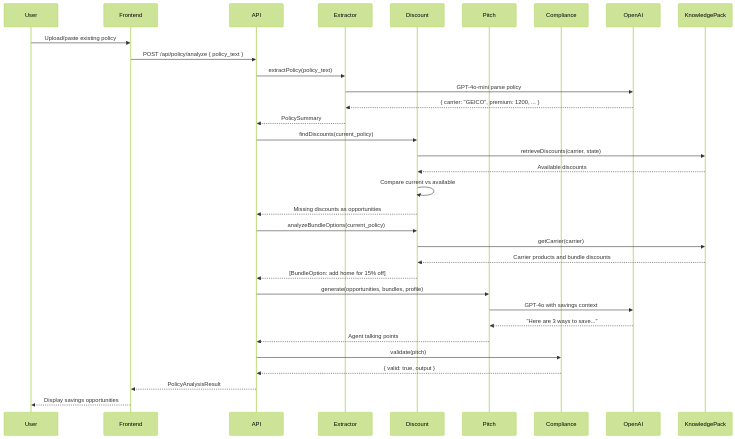
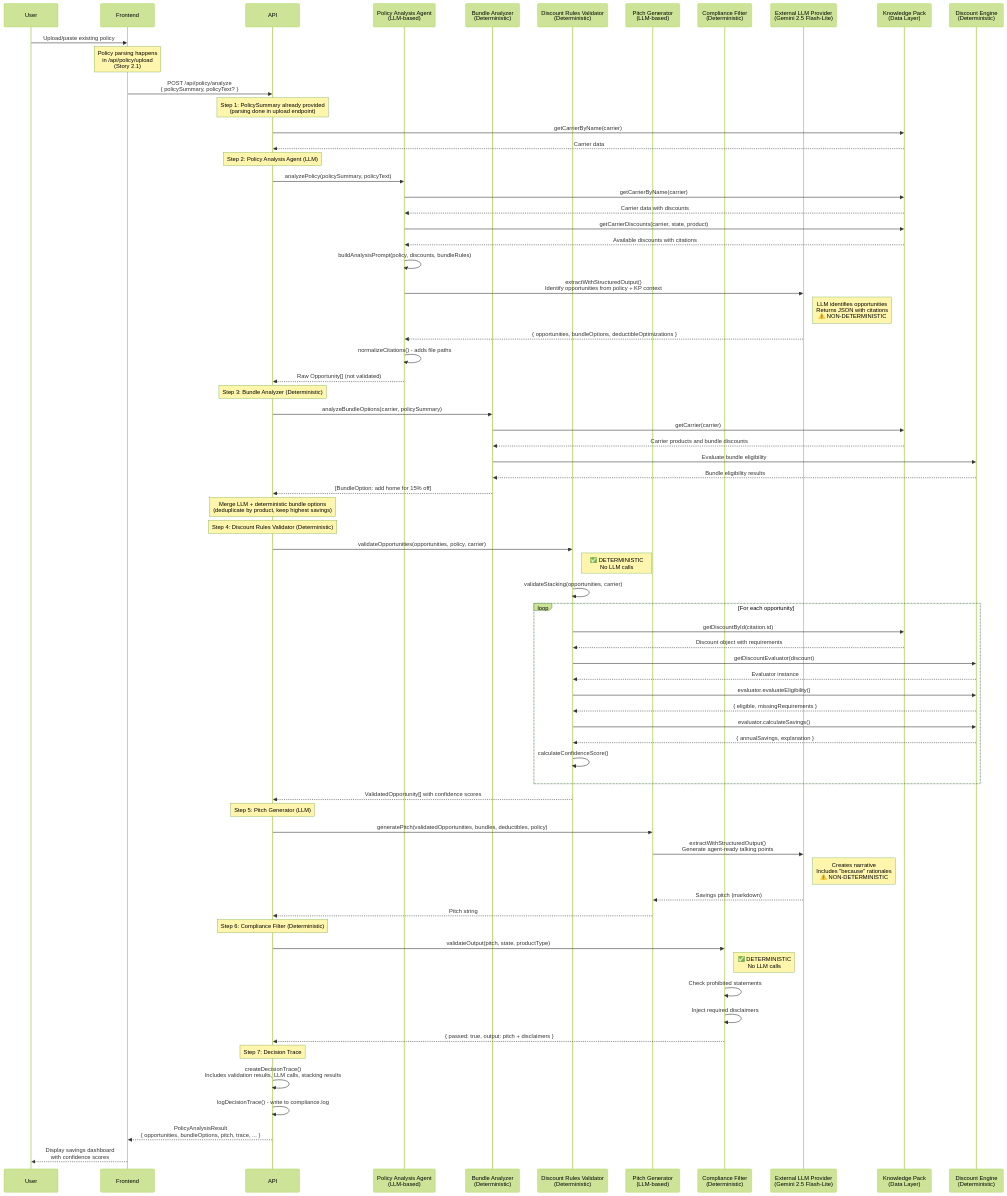
One commit to brettdavies/insurance-broker-quote-assistant changed the second of 3 diagrams in docs/architecture/8-core-workflows.md. Above: the diagram before and after it, drawn with Mermaid (forest theme). The commit also changed other lines of this file and 264 other files, not shown here.

First line of the commit message:
feat(epic-2): implement policy analysis and savings intelligence flow (#10)

````diff
--- a/docs/architecture/8-core-workflows.md
+++ b/docs/architecture/8-core-workflows.md
@@ -95,40 +109,85 @@
     participant User
     participant Frontend
     participant API
-    participant Extractor
-    participant Discount
-    participant Pitch
-    participant Compliance
-    participant OpenAI
-    participant KnowledgePack
+    participant PAA as Policy Analysis Agent<br/>(LLM-based)
+    participant BA as Bundle Analyzer<br/>(Deterministic)
+    participant DRV as Discount Rules Validator<br/>(Deterministic)
+    participant PG as Pitch Generator<br/>(LLM-based)
+    participant CF as Compliance Filter<br/>(Deterministic)
+    participant LLM as External LLM Provider<br/>(Gemini 2.5 Flash-Lite)
+    participant KP as Knowledge Pack<br/>(Data Layer)
+    participant DE as Discount Engine<br/>(Deterministic)
 
     User->>Frontend: Upload/paste existing policy
-    Frontend->>API: POST /api/policy/analyze { policy_text }
+    Note over Frontend: Policy parsing happens<br/>in /api/policy/upload<br/>(Story 2.1)
+    Frontend->>API: POST /api/policy/analyze<br/>{ policySummary, policyText? }
 
-    API->>Extractor: extractPolicy(policy_text)
-    Extractor->>OpenAI: GPT-4o-mini parse policy
-    OpenAI-->>Extractor: { carrier: "GEICO", premium: 1200, ... }
-    Extractor-->>API: PolicySummary
+    Note over API: Step 1: PolicySummary already provided<br/>(parsing done in upload endpoint)
+    API->>KP: getCarrierByName(carrier)
+    KP-->>API: Carrier data
 
-    API->>Discount: findDiscounts(current_policy)
-    Discount->>KnowledgePack: retrieveDiscounts(carrier, state)
-    KnowledgePack-->>Discount: Available discounts
-    Discount->>Discount: Compare current vs available
-    Discount-->>API: Missing discounts as opportunities
+    Note over API: Step 2: Policy Analysis Agent (LLM)
+    API->>PAA: analyzePolicy(policySummary, policyText)
+    PAA->>KP: getCarrierByName(carrier)
+    KP-->>PAA: Carrier data with discounts
+    PAA->>KP: getCarrierDiscounts(carrier, state, product)
+    KP-->>PAA: Available discounts with citations
+    
+    PAA->>PAA: buildAnalysisPrompt(policy, discounts, bundleRules)
+    PAA->>LLM: extractWithStructuredOutput()<br/>Identify opportunities from policy + KP context
+    Note right of LLM: LLM identifies opportunities<br/>Returns JSON with citations<br/>⚠️ NON-DETERMINISTIC
+    LLM-->>PAA: { opportunities, bundleOptions, deductibleOptimizations }
+    PAA->>PAA: normalizeCitations() - adds file paths
+    PAA-->>API: Raw Opportunity[] (not validated)
 
-    API->>Discount: analyzeBundleOptions(current_policy)
-    Discount->>KnowledgePack: getCarrier(carrier)
-    KnowledgePack-->>Discount: Carrier products and bundle discounts
-    Discount-->>API: [BundleOption: add home for 15% off]
+    Note over API: Step 3: Bundle Analyzer (Deterministic)
+    API->>BA: analyzeBundleOptions(carrier, policySummary)
+    BA->>KP: getCarrier(carrier)
+    KP-->>BA: Carrier products and bundle discounts
+    BA->>DE: Evaluate bundle eligibility
+    DE-->>BA: Bundle eligibility results
+    BA-->>API: [BundleOption: add home for 15% off]
 
-    API->>Pitch: generate(opportunities, bundles, profile)
-    Pitch->>OpenAI: GPT-4o with savings context
-    OpenAI-->>Pitch: "Here are 3 ways to save..."
-    Pitch-->>API: Agent talking points
+    Note over API: Merge LLM + deterministic bundle options<br/>(deduplicate by product, keep highest savings)
 
-    API->>Compliance: validate(pitch)
-    Compliance-->>API: { valid: true, output }
+    Note over API: Step 4: Discount Rules Validator (Deterministic)
+    API->>DRV: validateOpportunities(opportunities, policy, carrier)
+    Note right of DRV: ✅ DETERMINISTIC<br/>No LLM calls
+    
+    DRV->>DRV: validateStacking(opportunities, carrier)
+    
+    loop For each opportunity
+        DRV->>KP: getDiscountById(citation.id)
+        KP-->>DRV: Discount object with requirements
+        DRV->>DE: getDiscountEvaluator(discount)
+        DE-->>DRV: Evaluator instance
+        DRV->>DE: evaluator.evaluateEligibility()
+        DE-->>DRV: { eligible, missingRequirements }
+        DRV->>DE: evaluator.calculateSavings()
+        DE-->>DRV: { annualSavings, explanation }
+        DRV->>DRV: calculateConfidenceScore()
+    end
+    
+    DRV-->>API: ValidatedOpportunity[] with confidence scores
 
-    API-->>Frontend: PolicyAnalysisResult
-    Frontend-->>User: Display savings opportunities
+    Note over API: Step 5: Pitch Generator (LLM)
+    API->>PG: generatePitch(validatedOpportunities, bundles, deductibles, policy)
+    PG->>LLM: extractWithStructuredOutput()<br/>Generate agent-ready talking points
+    Note right of LLM: Creates narrative<br/>Includes "because" rationales<br/>⚠️ NON-DETERMINISTIC
+    LLM-->>PG: Savings pitch (markdown)
+    PG-->>API: Pitch string
+
+    Note over API: Step 6: Compliance Filter (Deterministic)
+    API->>CF: validateOutput(pitch, state, productType)
+    Note right of CF: ✅ DETERMINISTIC<br/>No LLM calls
+    CF->>CF: Check prohibited statements
+    CF->>CF: Inject required disclaimers
+    CF-->>API: { passed: true, output: pitch + disclaimers }
+
+    Note over API: Step 7: Decision Trace
+    API->>API: createDecisionTrace()<br/>Includes validation results, LLM calls, stacking results
+    API->>API: logDecisionTrace() - write to compliance.log
+
+    API-->>Frontend: PolicyAnalysisResult<br/>{ opportunities, bundleOptions, pitch, trace, ... }
+    Frontend-->>User: Display savings dashboard<br/>with confidence scores
 ```
````
